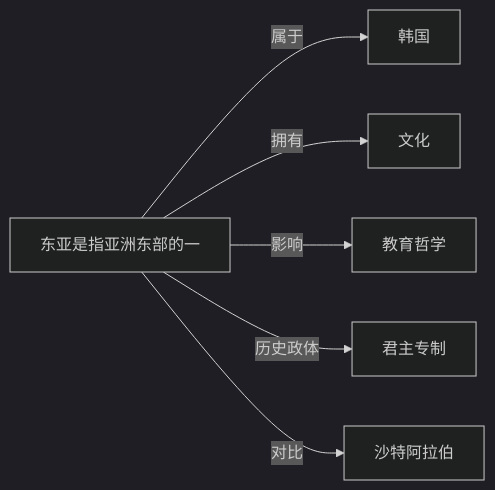
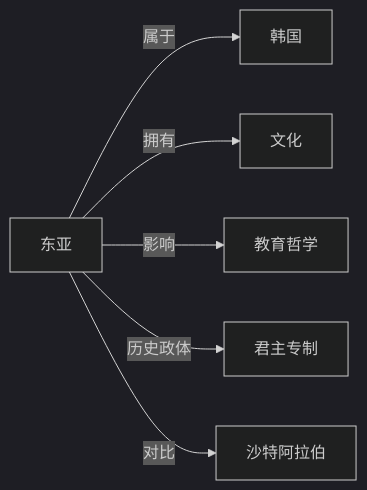
The diagram in Knowledge/Concepts/地理/东亚.md (KIMMCHOW/MyKnowledge), drawn with Mermaid (dark theme) before and after one commit. The commit also changed 96 other files, not shown here.

Commit message:
fix: 修复概念页关系图节点并补齐缺失关联

````diff
--- a/Knowledge/Concepts/地理/东亚.md
+++ b/Knowledge/Concepts/地理/东亚.md
@@ -46,8 +46,8 @@
 ```mermaid
 graph LR
-    东亚是指亚洲东部的一 -->|属于| 韩国
-    东亚是指亚洲东部的一 -->|拥有| 文化
-    东亚是指亚洲东部的一 -->|影响| 教育哲学
-    东亚是指亚洲东部的一 -->|历史政体| 君主专制
-    东亚是指亚洲东部的一 -->|对比| 沙特阿拉伯
+东亚 -->|属于| 韩国
+东亚 -->|拥有| 文化
+东亚 -->|影响| 教育哲学
+东亚 -->|历史政体| 君主专制
+东亚 -->|对比| 沙特阿拉伯
 ```
````
